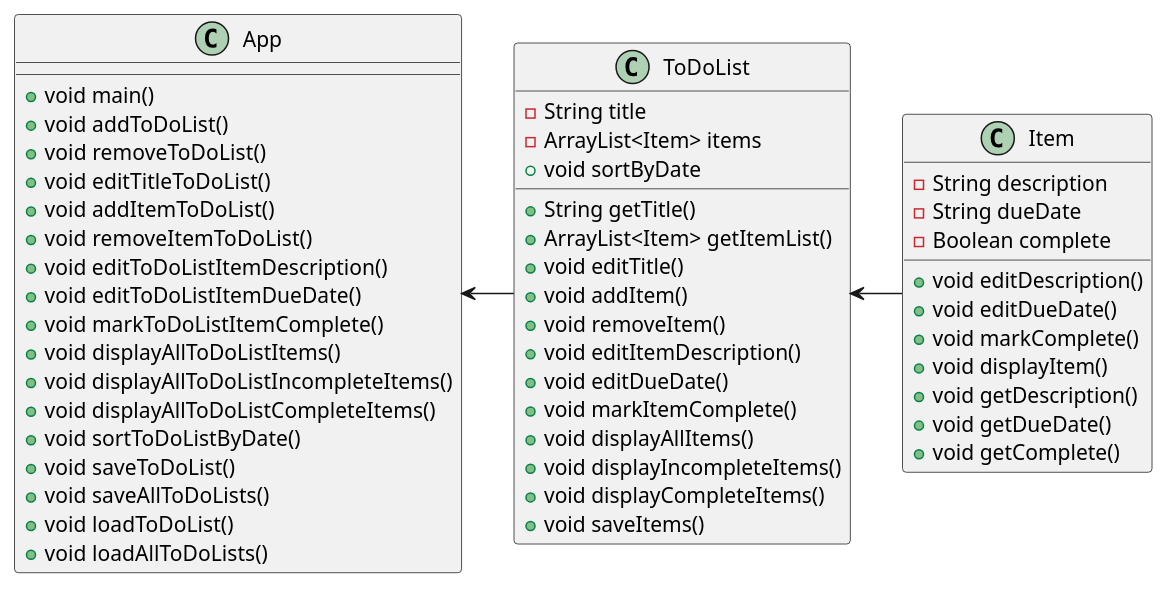
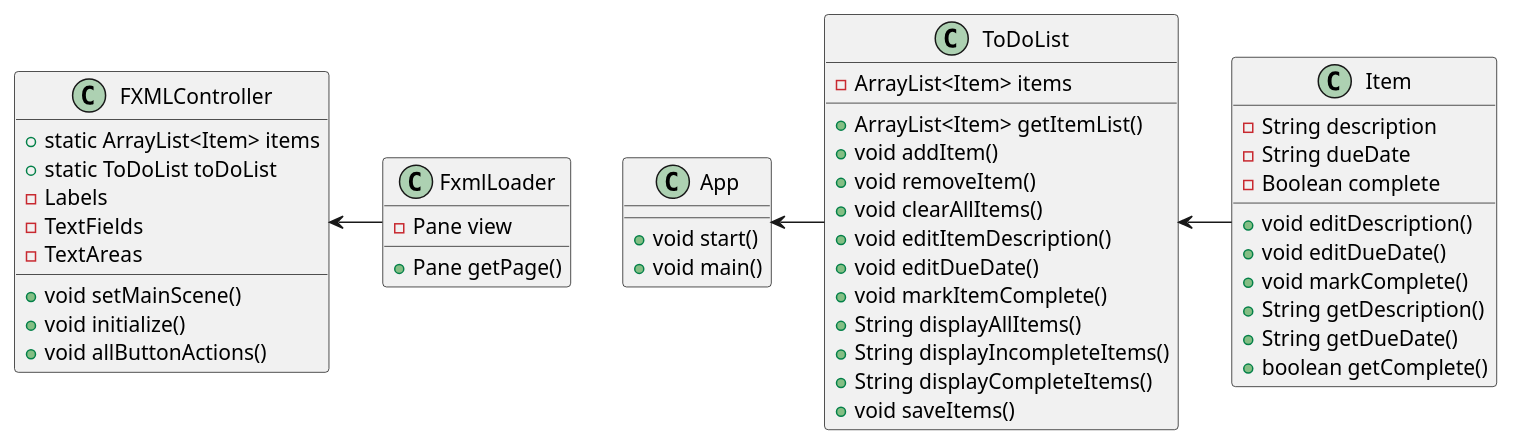
One commit to saxojeblin/rubio-COP3330-assignment4 changed the diagram in uml/ClassDiagram.puml. Above: the diagram before and after it, drawn with PlantUML. The commit also changed 13 other files, not shown here.

```diff
--- a/uml/ClassDiagram.puml
+++ b/uml/ClassDiagram.puml
@@ -1,57 +1,57 @@
 @startuml
 
 class App {
+    +void start()
     +void main()
-    +void addToDoList()
-    +void removeToDoList()
-    +void editTitleToDoList()
-    +void addItemToDoList()
-    +void removeItemToDoList()
-    +void editToDoListItemDescription()
-    +void editToDoListItemDueDate()
-    +void markToDoListItemComplete()
-    +void displayAllToDoListItems()
-    +void displayAllToDoListIncompleteItems()
-    +void displayAllToDoListCompleteItems()
-    +void sortToDoListByDate()
-    +void saveToDoList()
-    +void saveAllToDoLists()
-    +void loadToDoList()
-    +void loadAllToDoLists()
 }
+
+class FXMLController {
+    +static ArrayList<Item> items
+    +static ToDoList toDoList
+    -Labels
+    -TextFields
+    -TextAreas
+    +void setMainScene()
+    +void initialize()
+    +void allButtonActions()
+}
+
+class FxmlLoader {
+    -Pane view
+    +Pane getPage()
+}
+
+FXMLController <- FxmlLoader
 
 App <- ToDoList
 
 class ToDoList  {
-    -String title
     -ArrayList<Item> items
-    +String getTitle()
     +ArrayList<Item> getItemList()
-    +void editTitle()
     +void addItem()
     +void removeItem()
+    +void clearAllItems()
     +void editItemDescription()
     +void editDueDate()
     +void markItemComplete()
-    +void displayAllItems()
-    +void displayIncompleteItems()
-    +void displayCompleteItems()
-    +void sortByDate
+    +String displayAllItems()
+    +String displayIncompleteItems()
+    +String displayCompleteItems()
     +void saveItems()
 }
 
 ToDoList <- Item
 
 class Item {
     -String description
     -String dueDate
     -Boolean complete
     +void editDescription()
     +void editDueDate()
     +void markComplete()
-    +void displayItem()
-    +void getDescription()
-    +void getDueDate()
-    +void getComplete()
+    +String getDescription()
+    +String getDueDate()
+    +boolean getComplete()
 }
+
 @enduml
```
